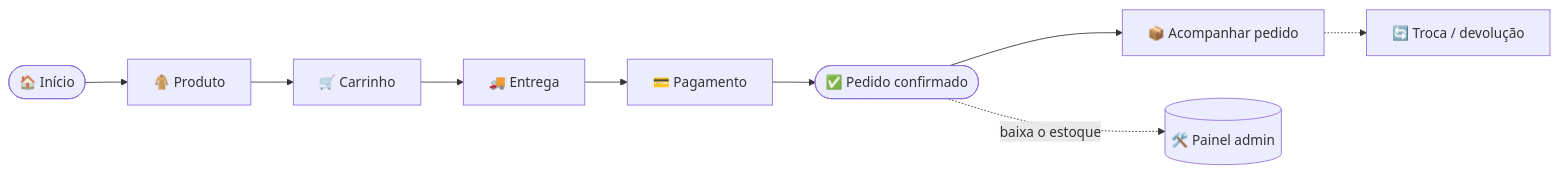
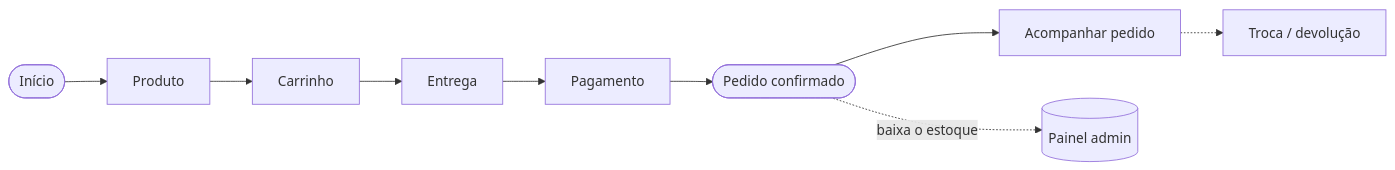
Before and after one commit to macedo-hub/se7e: the diagram in README.md, drawn with Mermaid. The commit also changed other lines of this file, not shown here.

````diff
--- a/README.md
+++ b/README.md
@@ -98,11 +98,11 @@
 ```mermaid
 flowchart LR
-    A([🏠 Início]) --> B[🧥 Produto]
-    B --> C[🛒 Carrinho]
-    C --> D[🚚 Entrega]
-    D --> E[💳 Pagamento]
-    E --> F([✅ Pedido confirmado])
-    F --> G[📦 Acompanhar pedido]
-    G -.-> H[🔄 Troca / devolução]
-    F -. baixa o estoque .-> I[(🛠️ Painel admin)]
+    A([Início]) --> B[Produto]
+    B --> C[Carrinho]
+    C --> D[Entrega]
+    D --> E[Pagamento]
+    E --> F([Pedido confirmado])
+    F --> G[Acompanhar pedido]
+    G -.-> H[Troca / devolução]
+    F -. baixa o estoque .-> I[(Painel admin)]
 ```
````
